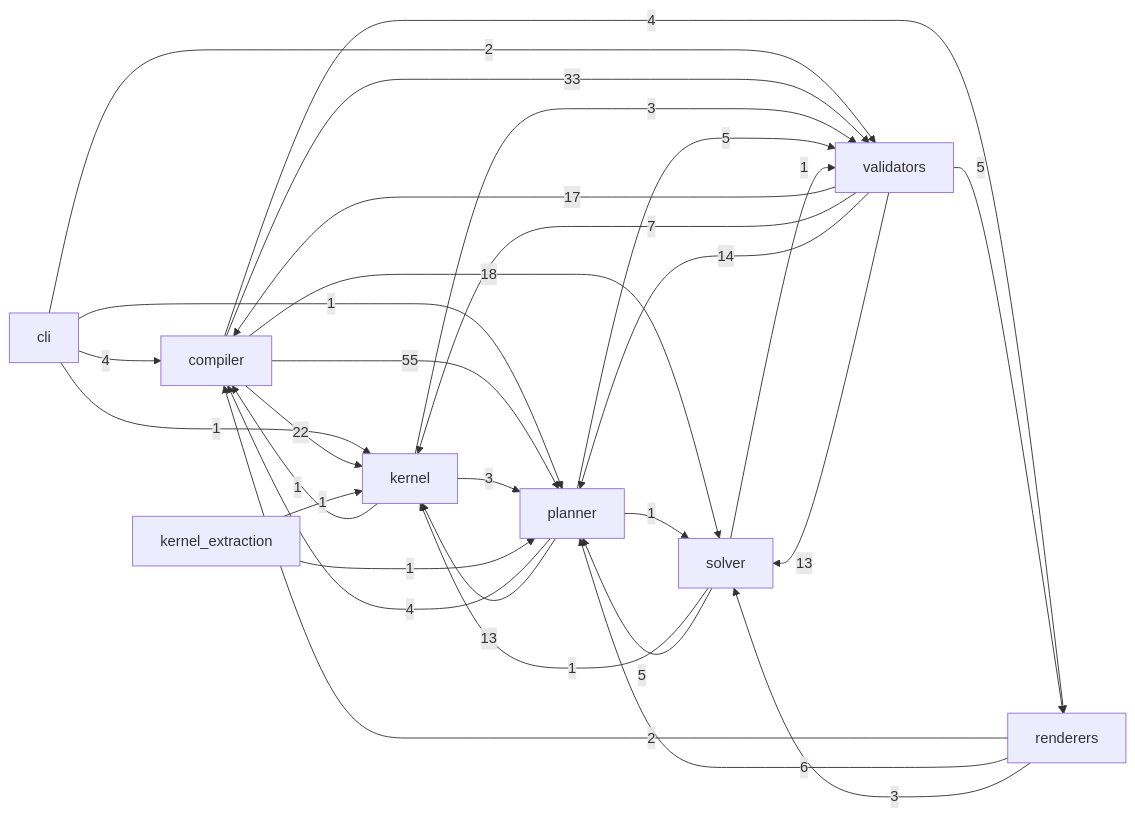
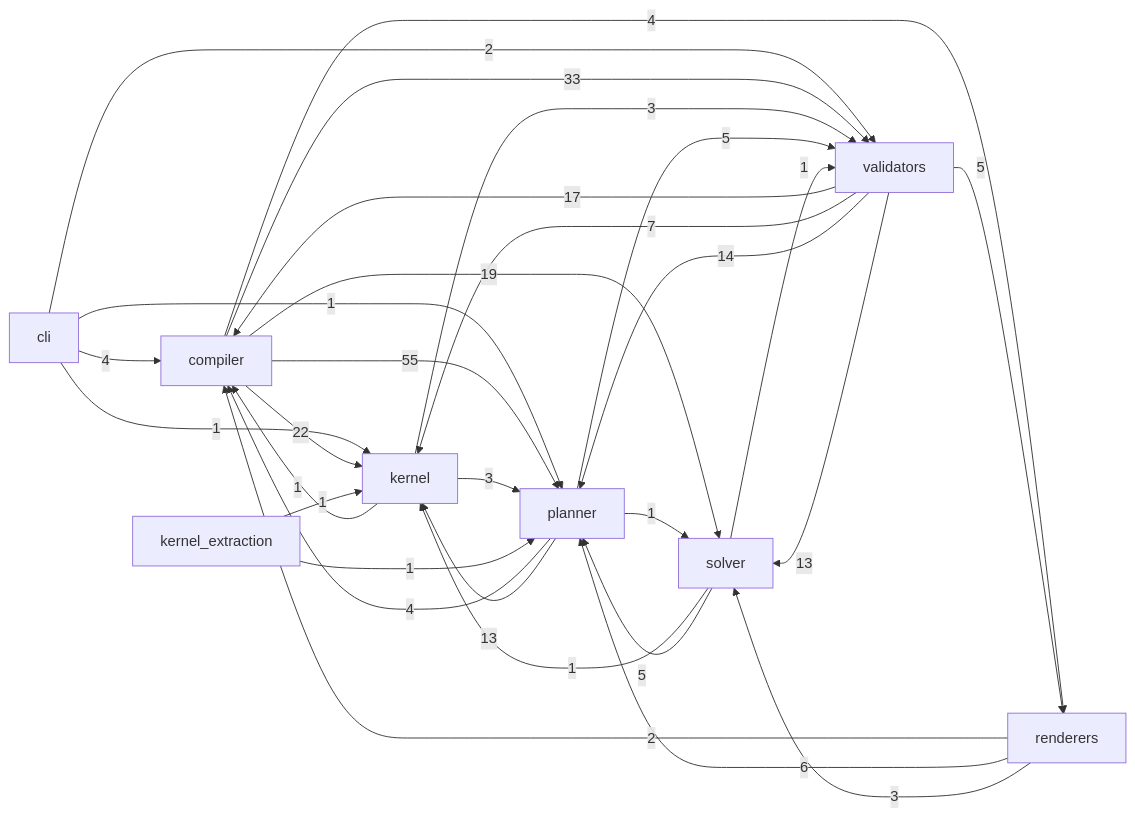
Before and after one commit to Kingsley-Cyber/cinematic-compiler-core: the diagram in docs/reference/code.md, drawn with Mermaid. The commit also changed other lines of this file and 46 other files, not shown here.

````diff
--- a/docs/reference/code.md
+++ b/docs/reference/code.md
@@ -15,32 +15,32 @@
 ```mermaid
 flowchart LR
   cli -->|4| compiler
   cli -->|1| kernel
   cli -->|1| planner
   cli -->|2| validators
   compiler -->|22| kernel
   compiler -->|55| planner
   compiler -->|4| renderers
-  compiler -->|18| solver
+  compiler -->|19| solver
   compiler -->|33| validators
   kernel -->|1| compiler
   kernel -->|3| planner
   kernel -->|3| validators
   kernel_extraction -->|1| kernel
   kernel_extraction -->|1| planner
   planner -->|4| compiler
   planner -->|13| kernel
   planner -->|1| solver
   planner -->|5| validators
   renderers -->|2| compiler
   renderers -->|6| planner
   renderers -->|3| solver
   solver -->|1| kernel
   solver -->|5| planner
   solver -->|1| validators
   validators -->|17| compiler
   validators -->|7| kernel
   validators -->|14| planner
   validators -->|5| renderers
   validators -->|13| solver
 ```
````
